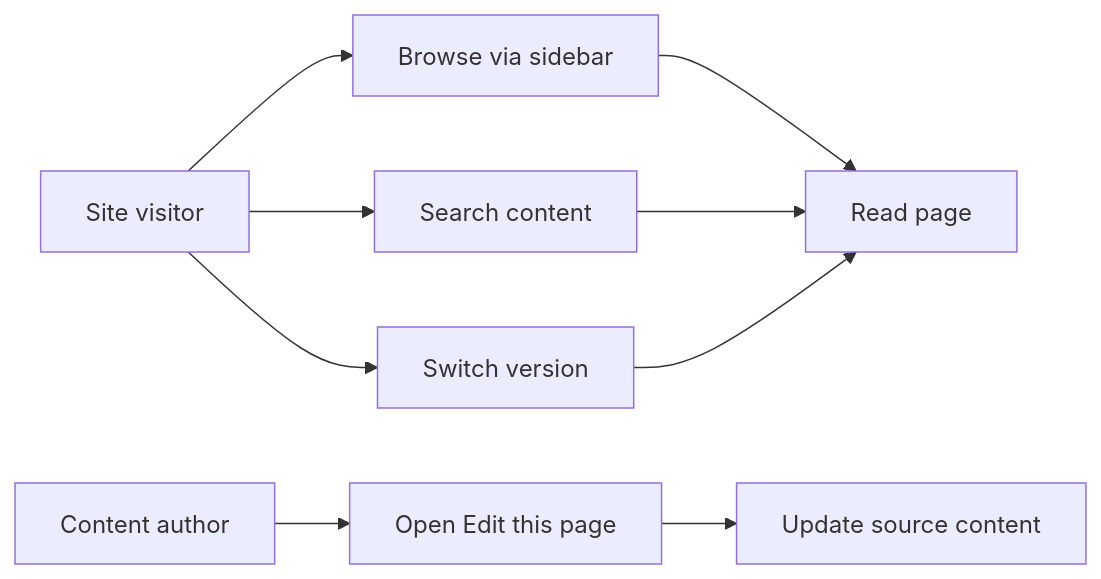
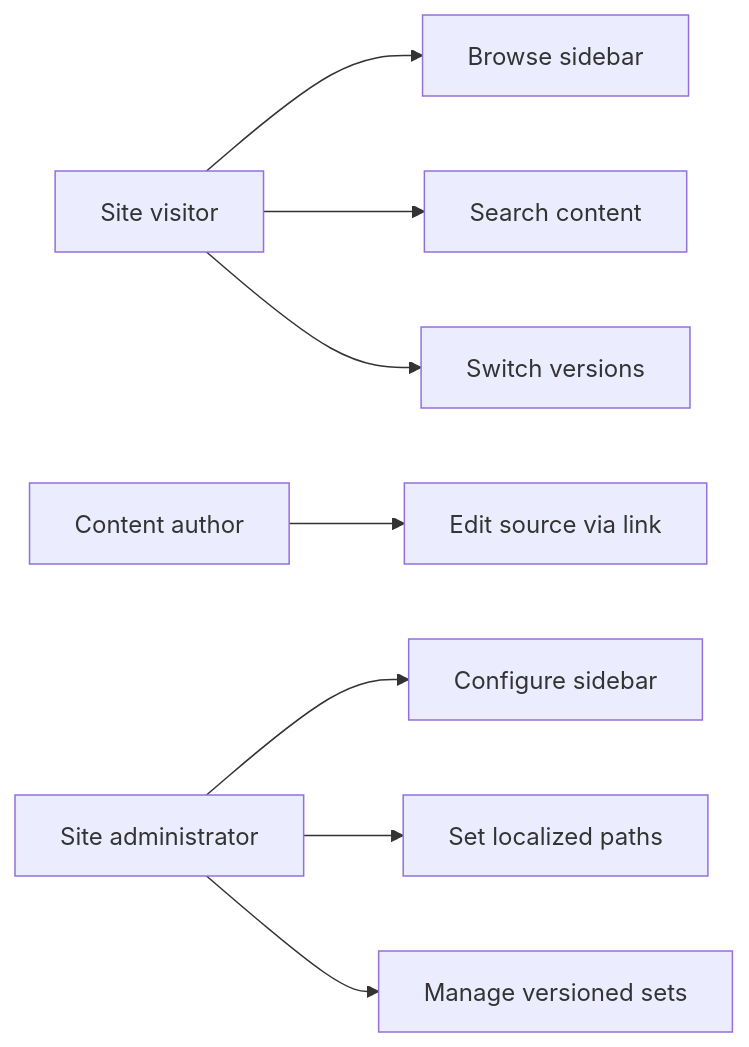
Before and after one commit to Mohita111/API2: the second of 2 diagrams in api2-documentation/plan_2026-11-02_f8890e/user-facing-docs/documentation.md, drawn with Mermaid. The commit also changed other lines of this file and 14 other files, not shown here.

````diff
--- a/api2-documentation/plan_2026-11-02_f8890e/user-facing-docs/documentation.md
+++ b/api2-documentation/plan_2026-11-02_f8890e/user-facing-docs/documentation.md
@@ -38,11 +69,10 @@
 ```mermaid
 graph LR
-    Visitor[Site visitor] --> Sidebar[Browse via sidebar]
-    Visitor --> Search[Search content]
-    Visitor --> Versions[Switch version]
-    Sidebar --> Page[Read page]
-    Search --> Page
-    Versions --> Page
-    Author[Content author] --> Edit[Open Edit this page]
-    Edit --> Update[Update source content]
+    A[Site visitor] --> B[Browse sidebar]
+    A --> C[Search content]
+    A --> D[Switch versions]
+    E[Content author] --> F[Edit source via link]
+    G[Site administrator] --> H[Configure sidebar]
+    G --> I[Set localized paths]
+    G --> J[Manage versioned sets]
 ```
````
